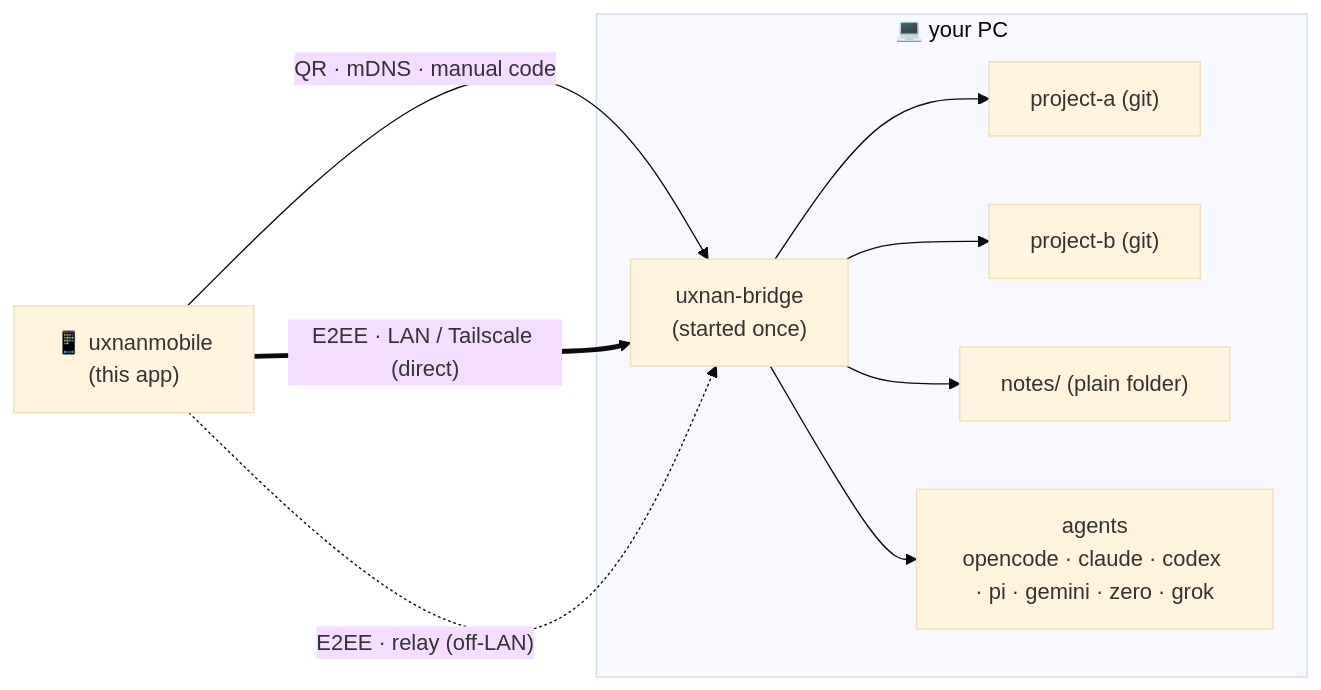
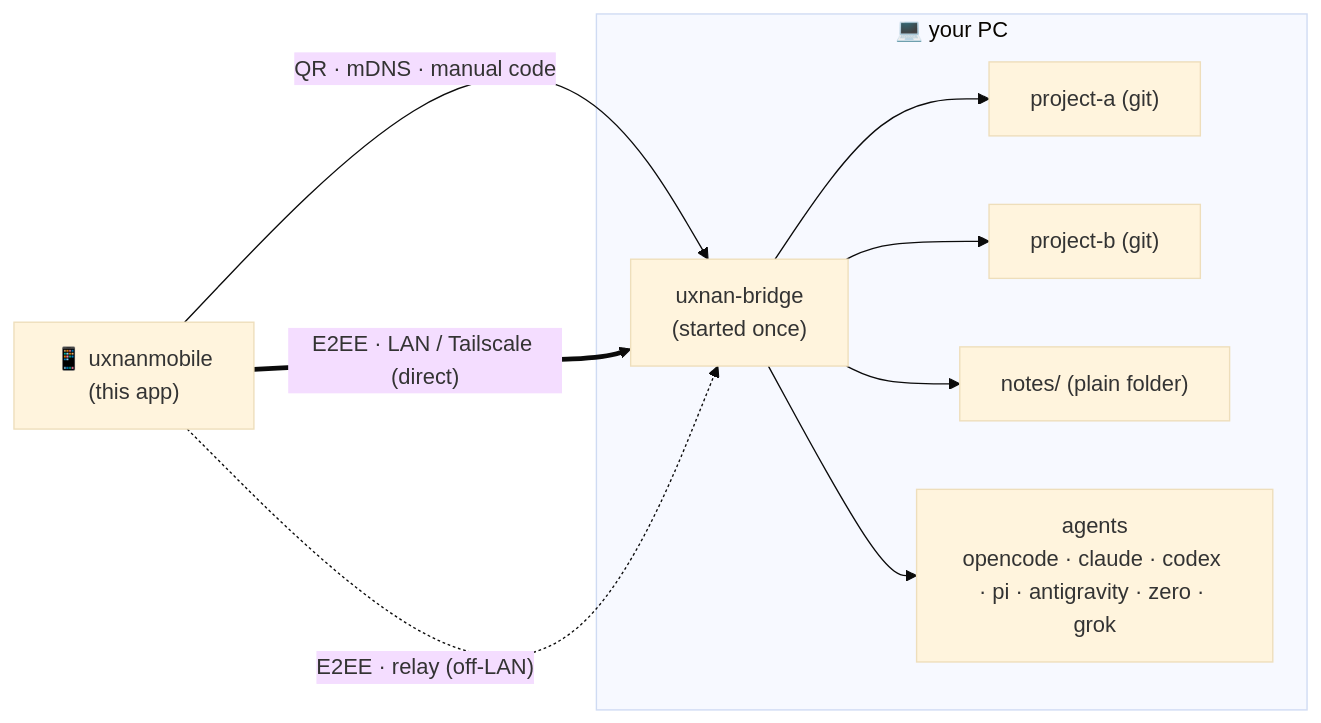
One commit to luisgamas/uxnan changed the diagram in uxnanmobile/README.md. Above: the diagram before and after it, drawn with Mermaid (base theme). The commit also changed 4 other files, not shown here.

````diff
--- a/uxnanmobile/README.md
+++ b/uxnanmobile/README.md
@@ -68,20 +68,20 @@
 ```mermaid
 flowchart LR
   app["📱 uxnanmobile<br/>(this app)"]
 
   subgraph pc["💻 your PC"]
     bridge["uxnan-bridge<br/>(started once)"]
     p1["project-a (git)"]
     p2["project-b (git)"]
     p3["notes/ (plain folder)"]
-    a1["agents<br/>opencode · claude · codex · pi · gemini · zero · grok"]
+    a1["agents<br/>opencode · claude · codex · pi · antigravity · zero · grok"]
   end
 
   app -- "QR · mDNS · manual code" --> bridge
   app == "E2EE · LAN / Tailscale (direct)" ==> bridge
   app -. "E2EE · relay (off-LAN)" .-> bridge
   bridge --> p1
   bridge --> p2
   bridge --> p3
   bridge --> a1
 ```
````
